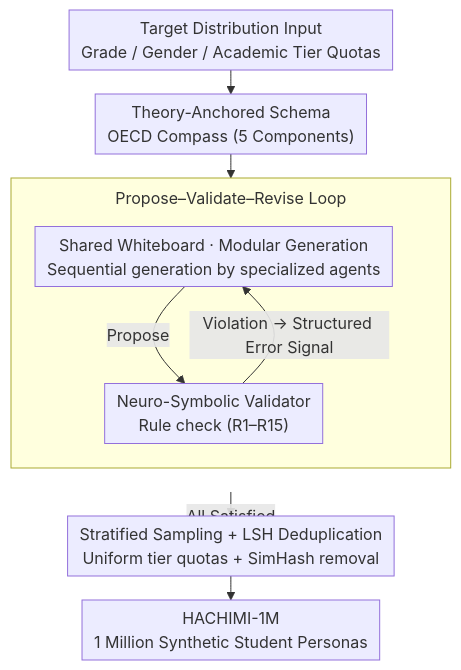
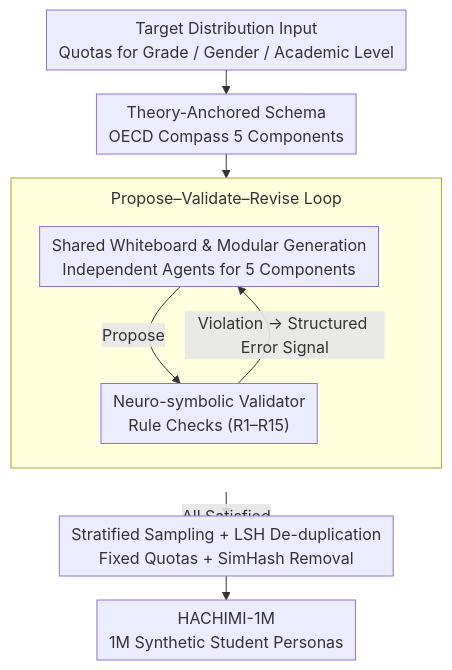
The diagram in docs/ACL2026/multi_agent/hachimi_scalable_and_controllable_student_persona_generation_via_orchestrated_ag.md (zhaoyang97/Paper-Notes-en), drawn with Mermaid before and after one commit. The commit also changed other lines of this file and 5084 other files, not shown here.

````diff
--- a/docs/ACL2026/multi_agent/hachimi_scalable_and_controllable_student_persona_generation_via_orchestrated_ag.md
+++ b/docs/ACL2026/multi_agent/hachimi_scalable_and_controllable_student_persona_generation_via_orchestrated_ag.md
@@ -42,13 +42,13 @@
 ```mermaid
 %%{init: {'flowchart': {'rankSpacing': 24, 'nodeSpacing': 28, 'padding': 6, 'wrappingWidth': 400, 'subGraphTitleMargin': {'top': 8, 'bottom': 16}}}}%%
 flowchart TD
-    A["Target Distribution Input<br/>Grade / Gender / Academic Tier Quotas"] --> B["Theory-Anchored Schema<br/>OECD Compass (5 Components)"]
+    A["Target Distribution Input<br/>Quotas for Grade / Gender / Academic Level"] --> B["Theory-Anchored Schema<br/>OECD Compass 5 Components"]
     B --> C
     subgraph LOOP["Propose–Validate–Revise Loop"]
         direction TB
-        C["Shared Whiteboard · Modular Generation<br/>Sequential generation by specialized agents"] -->|Propose| D["Neuro-Symbolic Validator<br/>Rule check (R1–R15)"]
+        C["Shared Whiteboard & Modular Generation<br/>Independent Agents for 5 Components"] -->|Propose| D["Neuro-symbolic Validator<br/>Rule Checks (R1–R15)"]
         D -->|"Violation → Structured Error Signal"| C
     end
-    LOOP -->|All Satisfied| E["Stratified Sampling + LSH Deduplication<br/>Uniform tier quotas + SimHash removal"]
-    E --> F["HACHIMI-1M<br/>1 Million Synthetic Student Personas"]
+    LOOP -->|All Satisfied| E["Stratified Sampling + LSH De-duplication<br/>Fixed Quotas + SimHash Removal"]
+    E --> F["HACHIMI-1M<br/>1M Synthetic Student Personas"]
 ```
````
